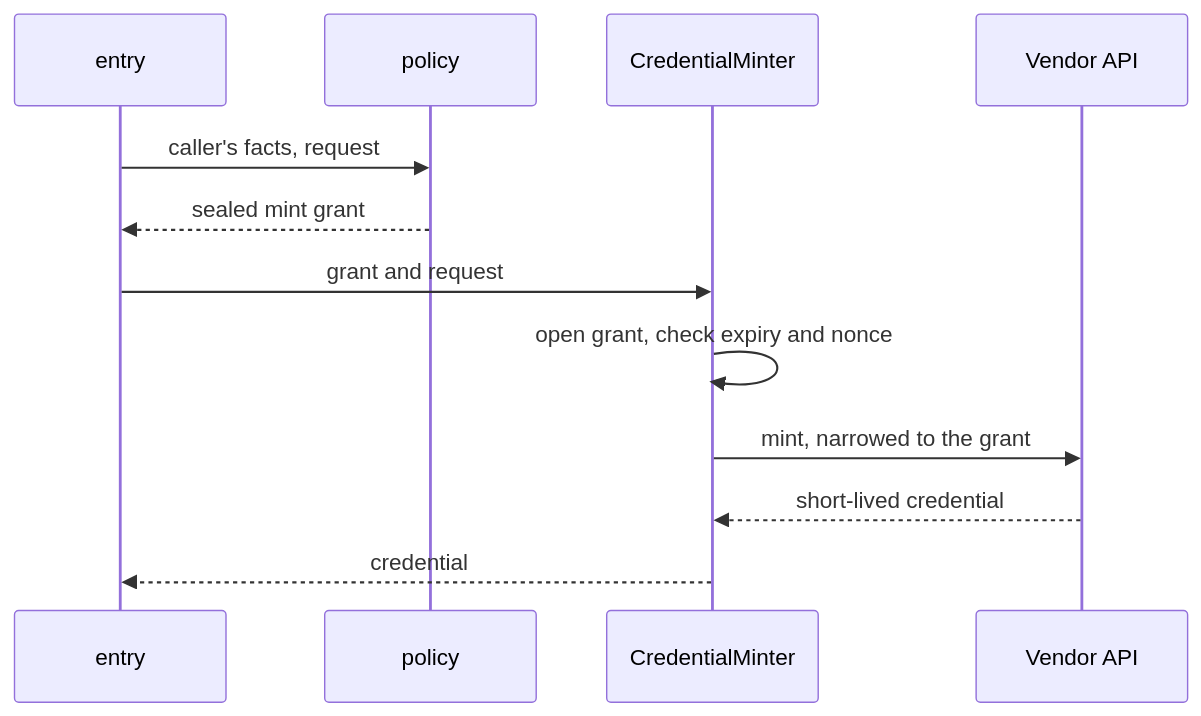
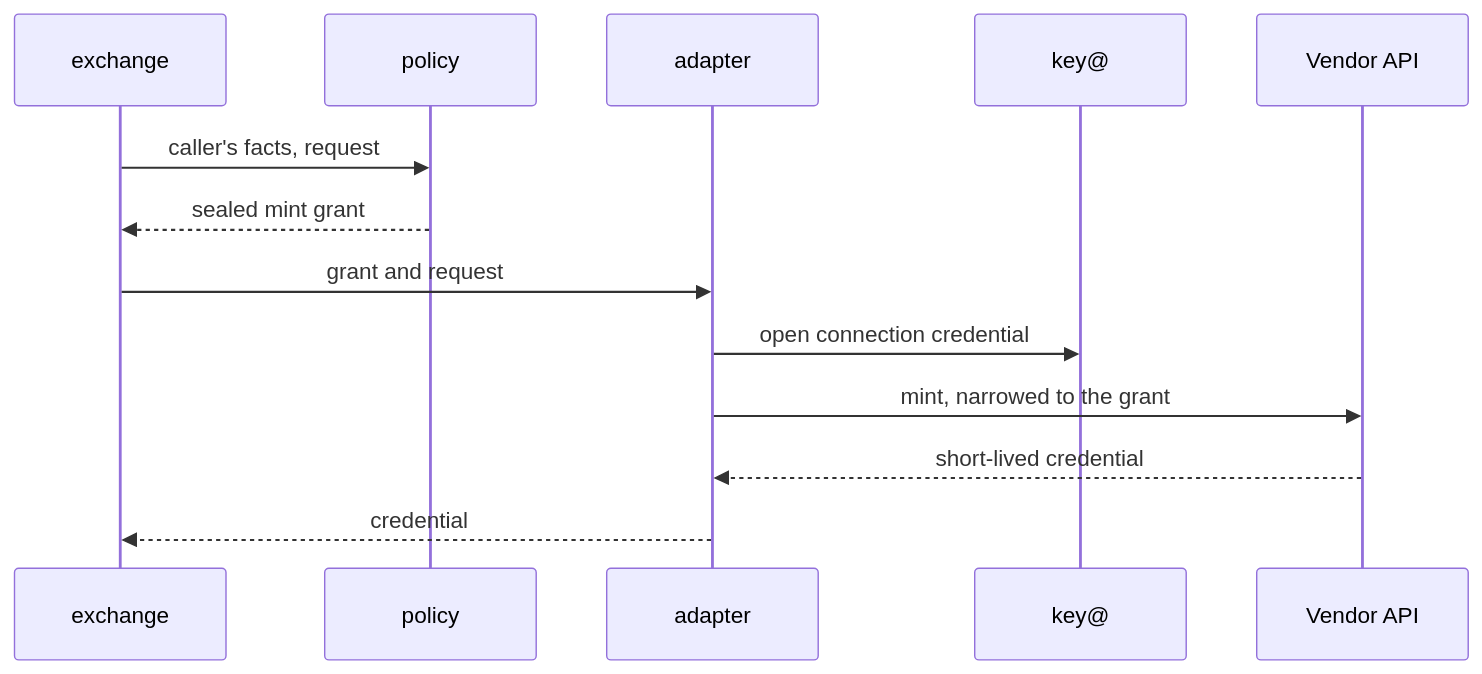
The diagram in docs/integrations/index.md (truvity/access-roster), drawn with Mermaid before and after one commit. The commit also changed other lines of this file and 9 other files, not shown here.

````diff
--- a/docs/integrations/index.md
+++ b/docs/integrations/index.md
@@ -40,14 +41,15 @@
 ```mermaid
 sequenceDiagram
-  participant C as entry
+  participant C as exchange
   participant P as policy
-  participant M as CredentialMinter
+  participant M as adapter
+  participant K as key@
   participant V as Vendor API
   C->>P: caller's facts, request
   P-->>C: sealed mint grant
   C->>M: grant and request
-  M->>M: open grant, check expiry and nonce
+  M->>K: open connection credential
   M->>V: mint, narrowed to the grant
   V-->>M: short-lived credential
   M-->>C: credential
 ```
````
